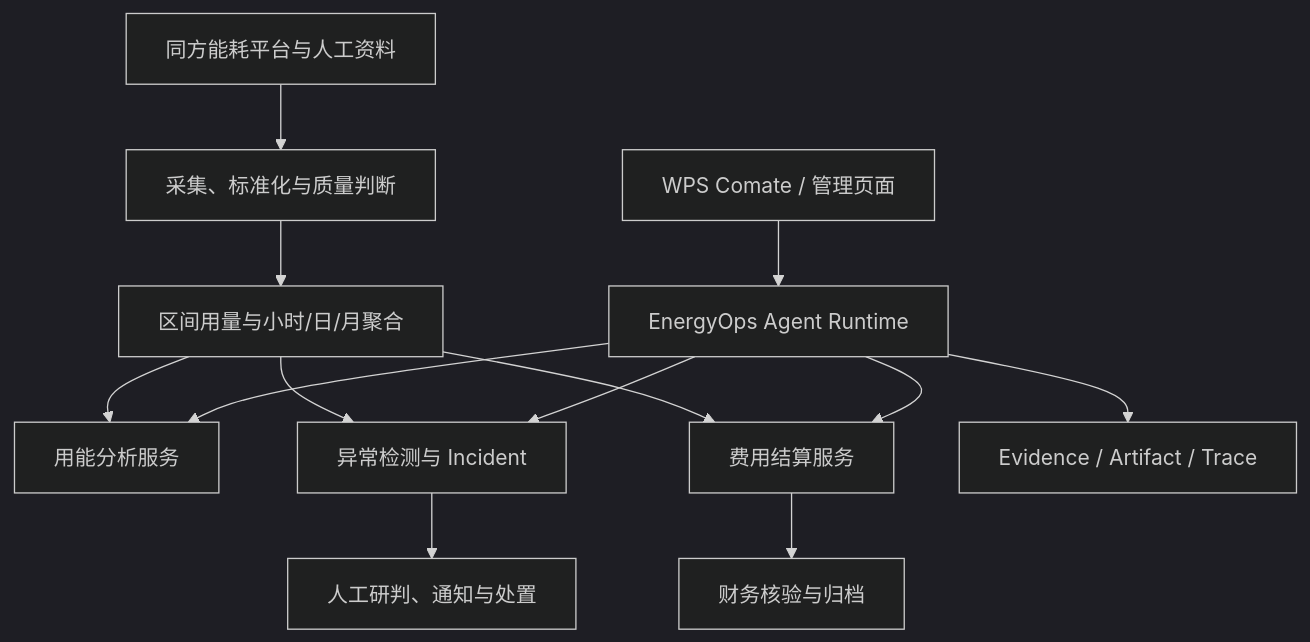
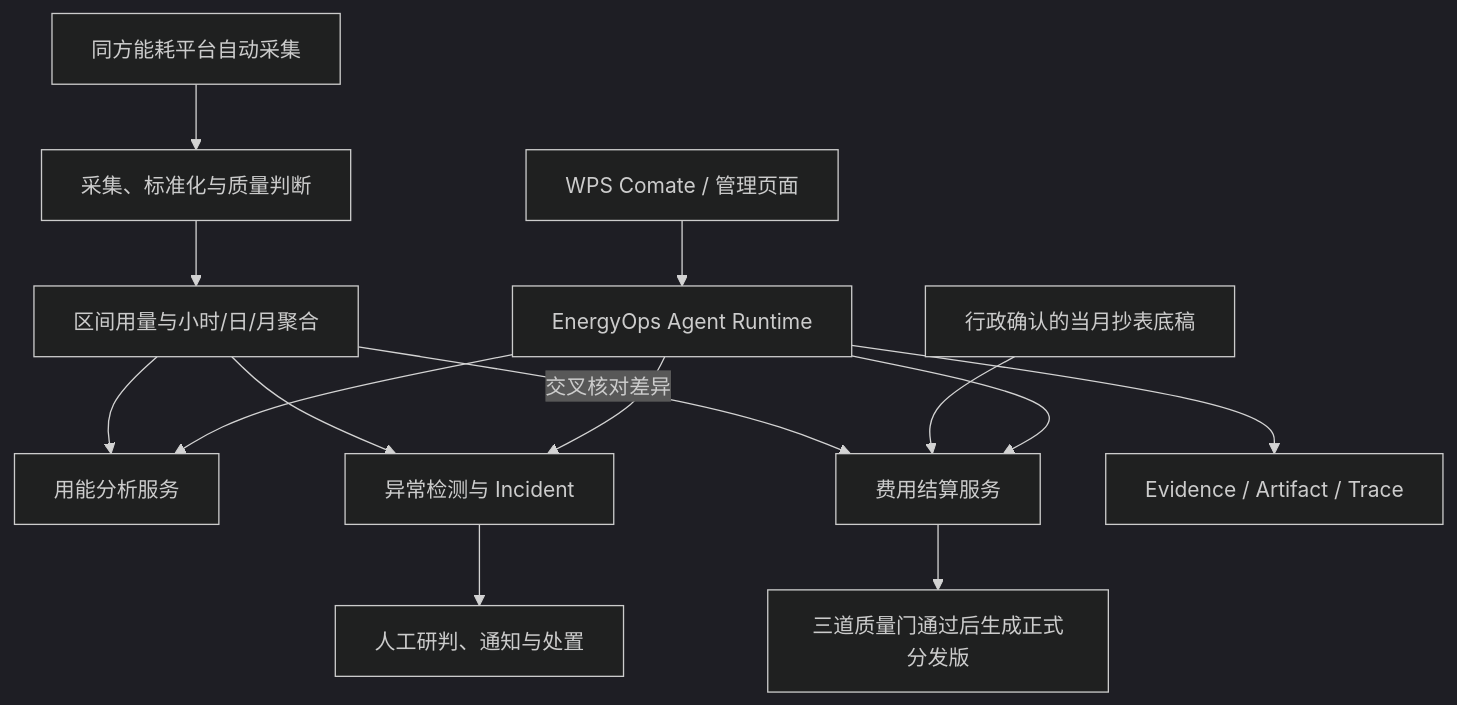
The first of 2 diagrams in projects/金山 EnergyOps.md (Ygrowly/Marvis), drawn with Mermaid (dark theme) before and after one commit. The commit also changed other lines of this file and 86 other files, not shown here.

````diff
--- a/projects/金山 EnergyOps.md
+++ b/projects/金山 EnergyOps.md
@@ -468,15 +487,16 @@
 ```mermaid
 flowchart TD
-    A[同方能耗平台与人工资料] --> B[采集、标准化与质量判断]
+    A[同方能耗平台自动采集] --> B[采集、标准化与质量判断]
     B --> C[区间用量与小时/日/月聚合]
     C --> D[用能分析服务]
     C --> E[异常检测与 Incident]
-    C --> F[费用结算服务]
+    C -- 交叉核对差异 --> F[费用结算服务]
+    A2[行政确认的当月抄表底稿] --> F
     G[WPS Comate / 管理页面] --> H[EnergyOps Agent Runtime]
     H --> D
     H --> E
     H --> F
     H --> I[Evidence / Artifact / Trace]
     E --> J[人工研判、通知与处置]
-    F --> K[财务核验与归档]
+    F --> K[三道质量门通过后生成正式分发版]
 ```
````
